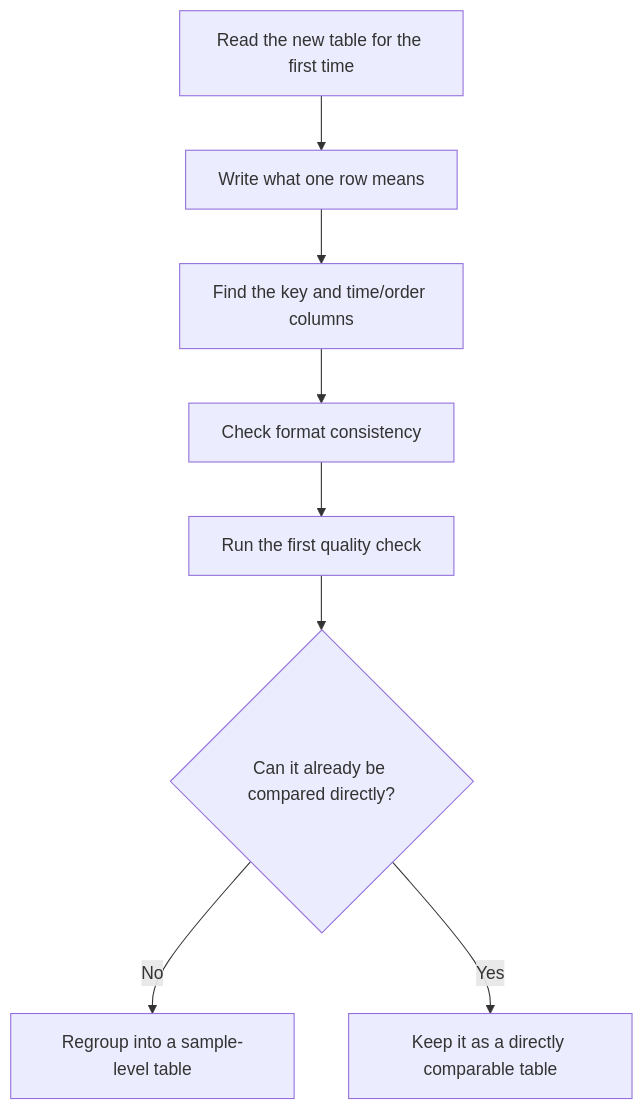
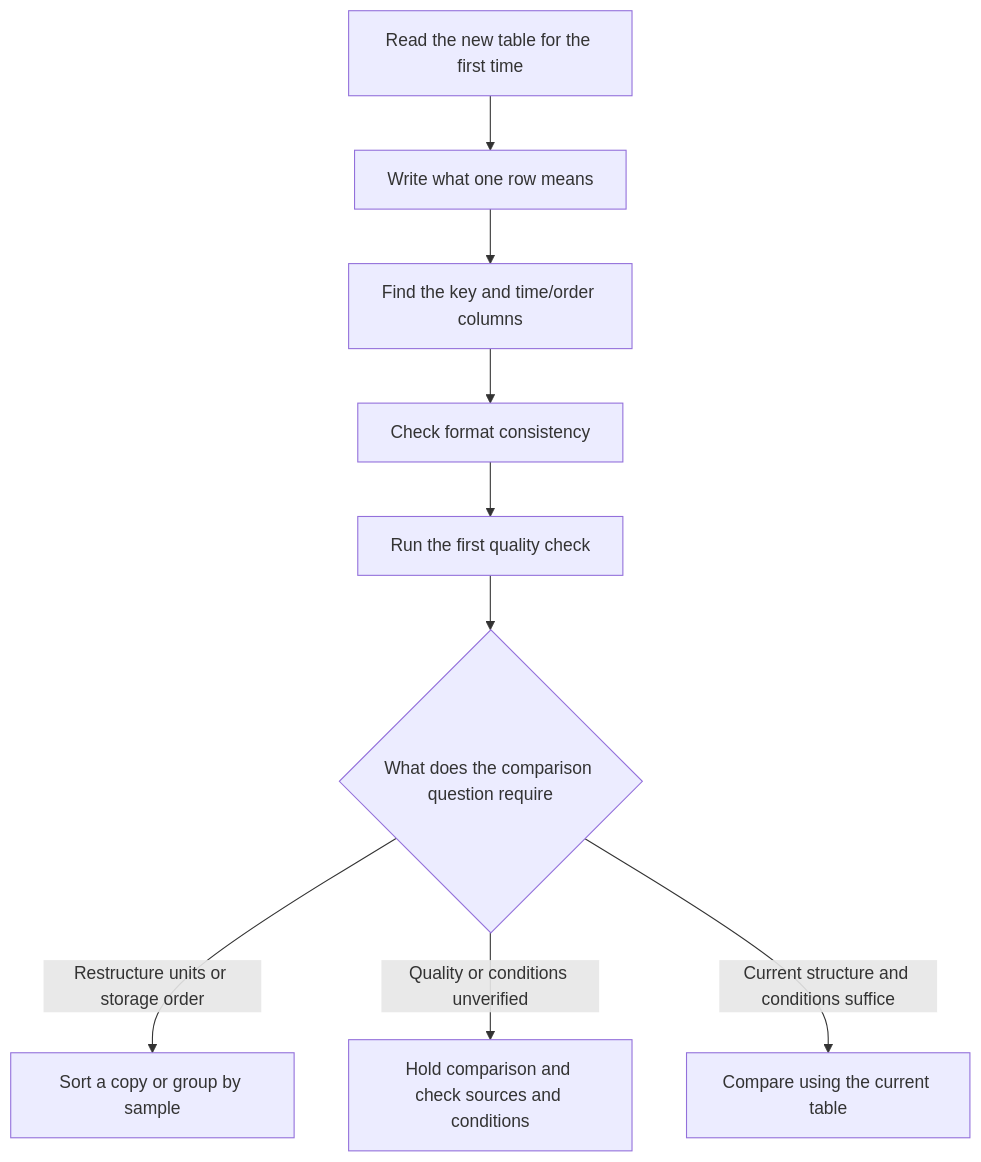
One commit to devchan64/AiBook changed the diagram in docs/assets/part-03/chapter-02/p3-2-3-mermaid-01-en.mmd. Above: the diagram before and after it, drawn with Mermaid. The commit also changed 32 other files, not shown here.

```diff
--- a/docs/assets/part-03/chapter-02/p3-2-3-mermaid-01-en.mmd
+++ b/docs/assets/part-03/chapter-02/p3-2-3-mermaid-01-en.mmd
@@ -1,8 +1,9 @@
 flowchart TD
     A[Read the new table for the first time] --> B[Write what one row means]
     B --> C[Find the key and time/order columns]
     C --> D[Check format consistency]
     D --> E[Run the first quality check]
-    E --> F{Can it already be compared directly?}
-    F -- No --> G[Regroup into a sample-level table]
-    F -- Yes --> H[Keep it as a directly comparable table]
+    E --> F{What does the comparison question require}
+    F -- Restructure units or storage order --> G[Sort a copy or group by sample]
+    F -- Quality or conditions unverified --> I[Hold comparison and check sources and conditions]
+    F -- Current structure and conditions suffice --> H[Compare using the current table]
```
